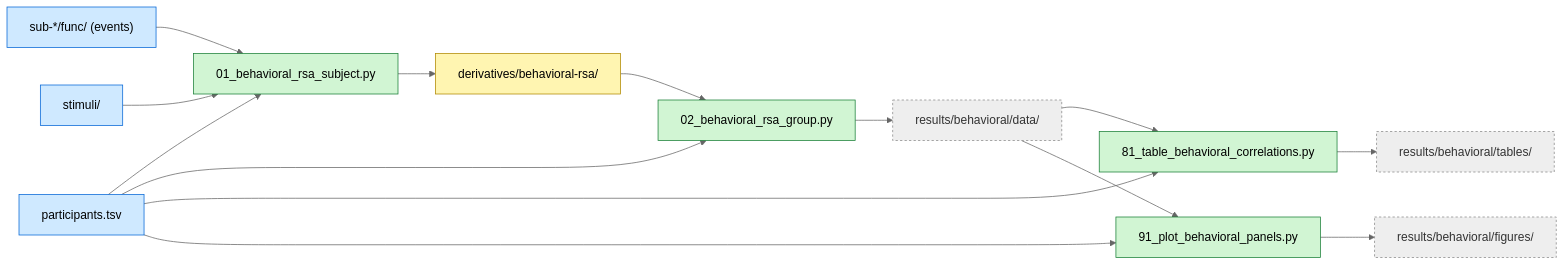
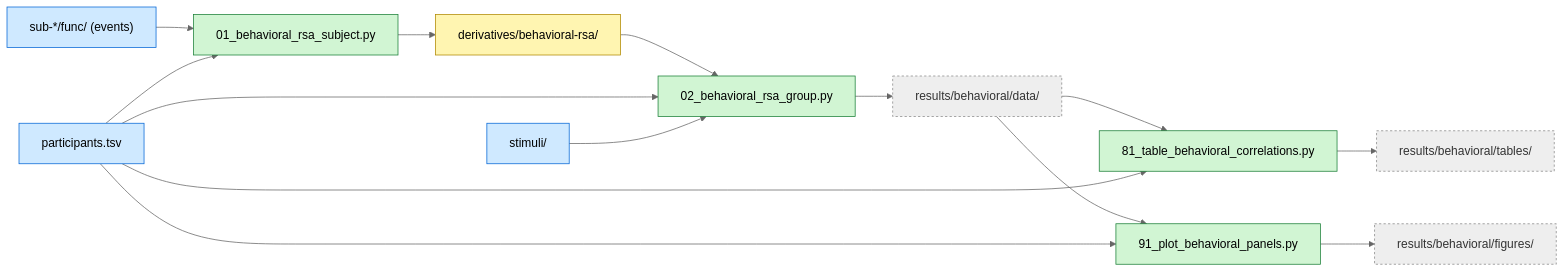
One commit to costantinoai/chess-expertise-2025 changed the diagram in chess-behavioral/README.md. Above: the diagram before and after it, drawn with Mermaid (neutral theme). The commit also changed other lines of this file and 4 other files, not shown here.

````diff
--- a/chess-behavioral/README.md
+++ b/chess-behavioral/README.md
@@ -16,34 +15,34 @@
 ```mermaid
 flowchart LR
   classDef in fill:#cfe9ff,stroke:#0366d6,color:#000
   classDef out fill:#fff5b1,stroke:#b08800,color:#000
   classDef sc fill:#d1f5d3,stroke:#1a7f37,color:#000
   classDef rl fill:#eee,stroke:#888,stroke-dasharray:3 3,color:#333
 
   PT[participants.tsv]:::in
   ST[stimuli/]:::in
   EV["sub-*/func/ (events)"]:::in
 
   B01["01_behavioral_rsa_subject.py"]:::sc
   B02["02_behavioral_rsa_group.py"]:::sc
   B81["81_table_behavioral_correlations.py"]:::sc
   B91["91_plot_behavioral_panels.py"]:::sc
   BRSA[derivatives/behavioral-rsa/]:::out
   DATA["results/behavioral/data/"]:::rl
   TABLES["results/behavioral/tables/"]:::rl
   FIGURES["results/behavioral/figures/"]:::rl
 
   EV --> B01
   PT --> B01
-  ST --> B01
   B01 --> BRSA
 
   BRSA --> B02
   PT --> B02
+  ST --> B02
   B02 --> DATA
 
   DATA --> B81 --> TABLES
   PT --> B81
   DATA --> B91 --> FIGURES
   PT --> B91
 ```
````
